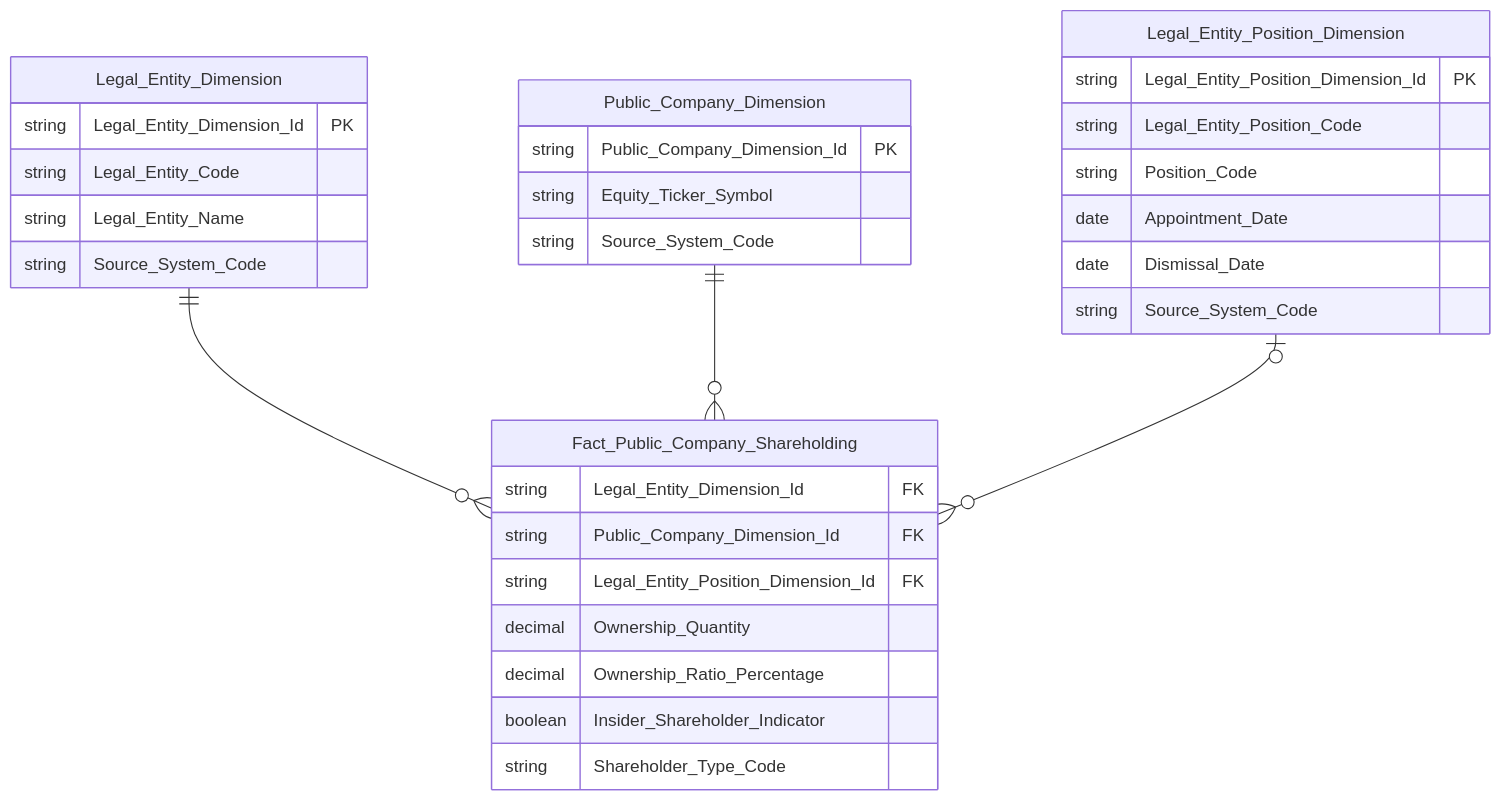
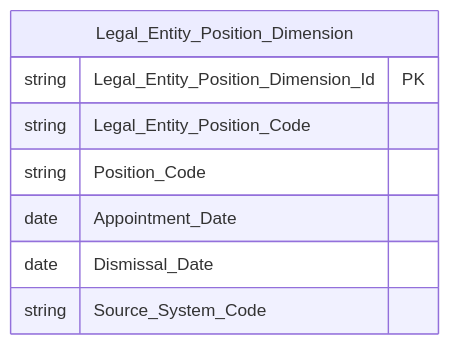
Before and after one commit to linhlvit/ubck_atomic_design: diagram 51 of 57 in Datamart/hld/DTM_GSTT_HLD.md, drawn with Mermaid. The commit also changed other lines of this file and 70 other files, not shown here.

````diff
--- a/Datamart/hld/DTM_GSTT_HLD.md
+++ b/Datamart/hld/DTM_GSTT_HLD.md
@@ -2620,34 +2610,11 @@
 ```mermaid
 erDiagram
-    Legal_Entity_Dimension {
-        string Legal_Entity_Dimension_Id PK
-        string Legal_Entity_Code
-        string Legal_Entity_Name
-        string Source_System_Code
-    }
     Legal_Entity_Position_Dimension {
         string Legal_Entity_Position_Dimension_Id PK
         string Legal_Entity_Position_Code
         string Position_Code
         date Appointment_Date
         date Dismissal_Date
         string Source_System_Code
     }
-    Public_Company_Dimension {
-        string Public_Company_Dimension_Id PK
-        string Equity_Ticker_Symbol
-        string Source_System_Code
-    }
-    Fact_Public_Company_Shareholding {
-        string Legal_Entity_Dimension_Id FK
-        string Public_Company_Dimension_Id FK
-        string Legal_Entity_Position_Dimension_Id FK
-        decimal Ownership_Quantity
-        decimal Ownership_Ratio_Percentage
-        boolean Insider_Shareholder_Indicator
-        string Shareholder_Type_Code
-    }
-    Legal_Entity_Dimension ||--o{ Fact_Public_Company_Shareholding : " "
-    Public_Company_Dimension ||--o{ Fact_Public_Company_Shareholding : " "
-    Legal_Entity_Position_Dimension |o--o{ Fact_Public_Company_Shareholding : " "
 ```
````
